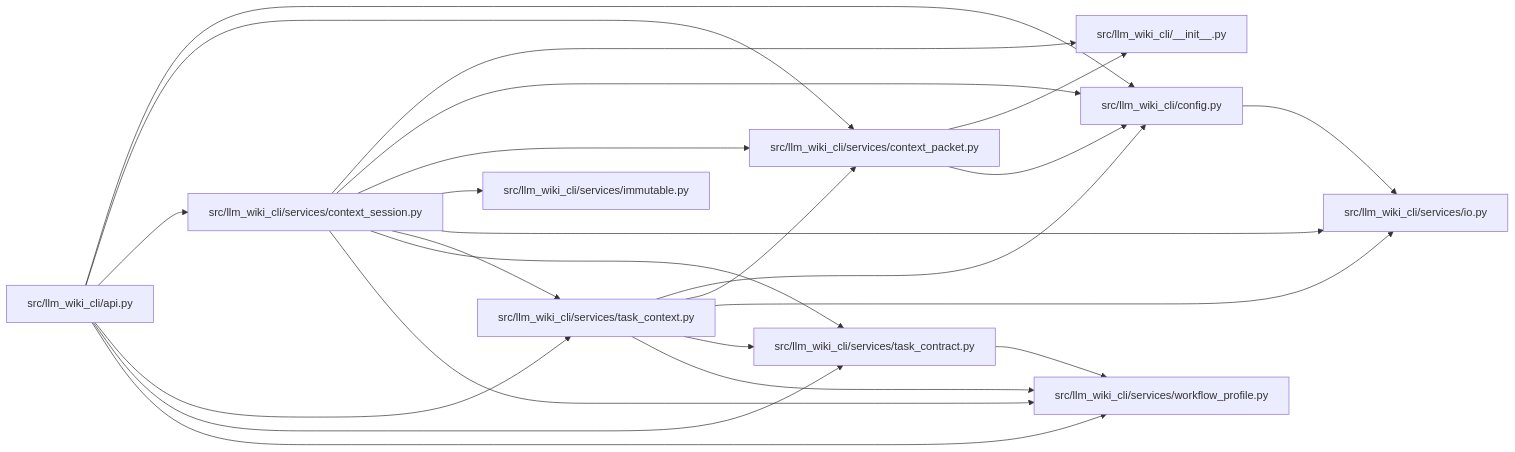
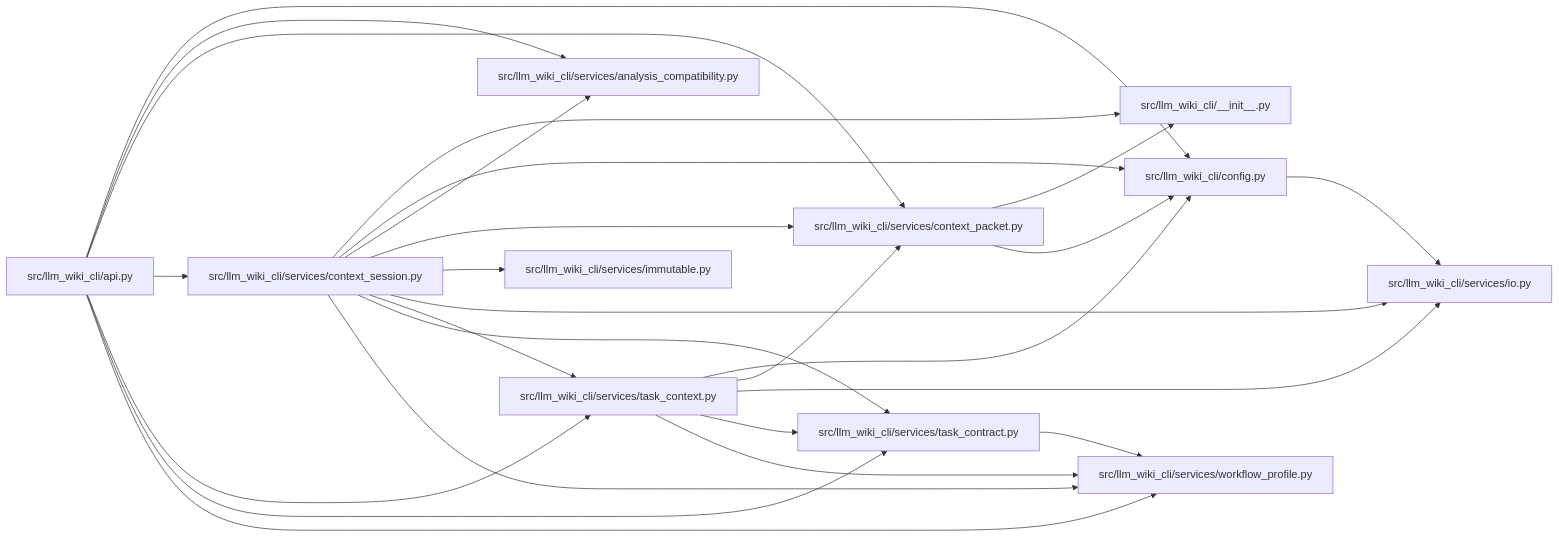
The diagram in docs/llm_wiki/modules/context_session.md (Denissvgn/python-wiki-llm), drawn with Mermaid before and after one commit. The commit also changed other lines of this file and 727 other files, not shown here.

````diff
--- a/docs/llm_wiki/modules/context_session.md
+++ b/docs/llm_wiki/modules/context_session.md
@@ -40,46 +40,50 @@
 ```mermaid
 flowchart LR
     n0["src/llm_wiki_cli/__init__.py"]
     n1["src/llm_wiki_cli/api.py"]
     n2["src/llm_wiki_cli/config.py"]
-    n3["src/llm_wiki_cli/services/context_packet.py"]
-    n4["src/llm_wiki_cli/services/context_session.py"]
-    n5["src/llm_wiki_cli/services/immutable.py"]
-    n6["src/llm_wiki_cli/services/io.py"]
-    n7["src/llm_wiki_cli/services/task_context.py"]
-    n8["src/llm_wiki_cli/services/task_contract.py"]
-    n9["src/llm_wiki_cli/services/workflow_profile.py"]
+    n3["src/llm_wiki_cli/services/analysis_compatibility.py"]
+    n4["src/llm_wiki_cli/services/context_packet.py"]
+    n5["src/llm_wiki_cli/services/context_session.py"]
+    n6["src/llm_wiki_cli/services/immutable.py"]
+    n7["src/llm_wiki_cli/services/io.py"]
+    n8["src/llm_wiki_cli/services/task_context.py"]
+    n9["src/llm_wiki_cli/services/task_contract.py"]
+    n10["src/llm_wiki_cli/services/workflow_profile.py"]
     n1 --> n2
     n1 --> n3
     n1 --> n4
-    n1 --> n7
+    n1 --> n5
     n1 --> n8
     n1 --> n9
-    n2 --> n6
-    n3 --> n0
-    n3 --> n2
+    n1 --> n10
+    n2 --> n7
     n4 --> n0
     n4 --> n2
-    n4 --> n3
-    n4 --> n5
-    n4 --> n6
-    n4 --> n7
-    n4 --> n8
-    n4 --> n9
-    n7 --> n2
-    n7 --> n3
-    n7 --> n6
-    n7 --> n8
-    n7 --> n9
+    n5 --> n0
+    n5 --> n2
+    n5 --> n3
+    n5 --> n4
+    n5 --> n6
+    n5 --> n7
+    n5 --> n8
+    n5 --> n9
+    n5 --> n10
+    n8 --> n2
+    n8 --> n4
+    n8 --> n7
     n8 --> n9
+    n8 --> n10
+    n9 --> n10
     click n0 "../modules/llm_wiki_cli___init__.md"
     click n1 "../modules/api.md"
     click n2 "../modules/config.md"
-    click n3 "../modules/context_packet.md"
-    click n4 "../modules/context_session.md"
-    click n5 "../modules/immutable.md"
-    click n6 "../modules/io.md"
-    click n7 "../modules/task_context.md"
-    click n8 "../modules/task_contract.md"
-    click n9 "../modules/workflow_profile.md"
+    click n3 "../modules/analysis_compatibility.md"
+    click n4 "../modules/context_packet.md"
+    click n5 "../modules/context_session.md"
+    click n6 "../modules/immutable.md"
+    click n7 "../modules/io.md"
+    click n8 "../modules/task_context.md"
+    click n9 "../modules/task_contract.md"
+    click n10 "../modules/workflow_profile.md"
 ```
````
